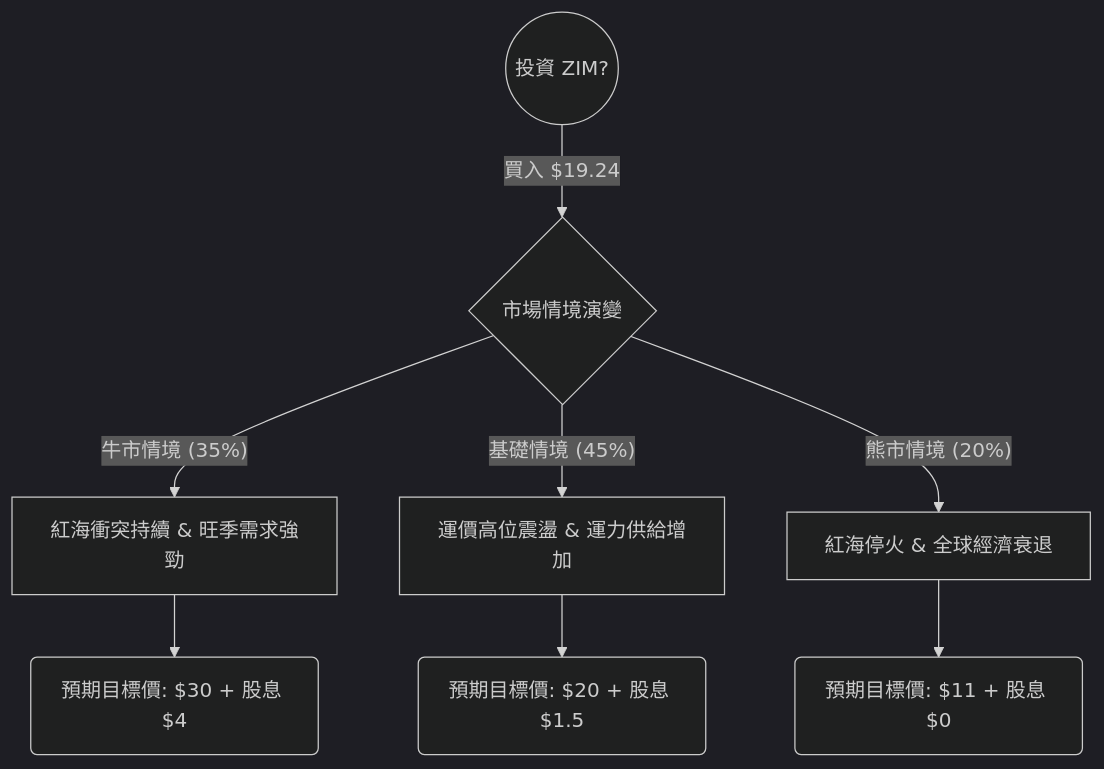
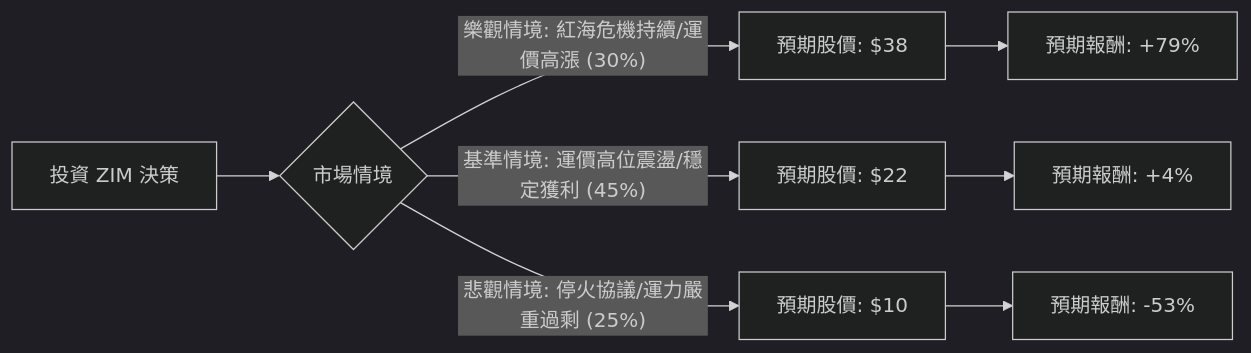
One commit to zmcx16/zmcx16.github.io changed the diagram in plugin-react/ai-analysis/ev-analysis/ZIM.md. Above: the diagram before and after it, drawn with Mermaid (dark theme). The commit also changed other lines of this file and 81 other files, not shown here.

````diff
--- a/plugin-react/ai-analysis/ev-analysis/ZIM.md
+++ b/plugin-react/ai-analysis/ev-analysis/ZIM.md
@@ -20,12 +19,12 @@
 ```mermaid
-graph TD
-    Start((投資 ZIM?)) -- 買入 $19.24 --> Node1{市場情境演變}
+graph LR
+    A[投資 ZIM 決策] --> B{市場情境}
     
-    Node1 -- "牛市情境 (35%)" --> Bull[紅海衝突持續 & 旺季需求強勁]
-    Node1 -- "基礎情境 (45%)" --> Neutral[運價高位震盪 & 運力供給增加]
-    Node1 -- "熊市情境 (20%)" --> Bear[紅海停火 & 全球經濟衰退]
+    B -- 樂觀情境: 紅海危機持續/運價高漲 (30%) --> C[預期股價: $38]
+    B -- 基準情境: 運價高位震盪/穩定獲利 (45%) --> D[預期股價: $22]
+    B -- 悲觀情境: 停火協議/運力嚴重過剩 (25%) --> E[預期股價: $10]
 
-    Bull --> BullTarget(預期目標價: $30 + 股息 $4)
-    Neutral --> NeutralTarget(預期目標價: $20 + 股息 $1.5)
-    Bear --> BearTarget(預期目標價: $11 + 股息 $0)
+    C --> C1[預期報酬: +79%]
+    D --> D1[預期報酬: +4%]
+    E --> E1[預期報酬: -53%]
 ```
````
